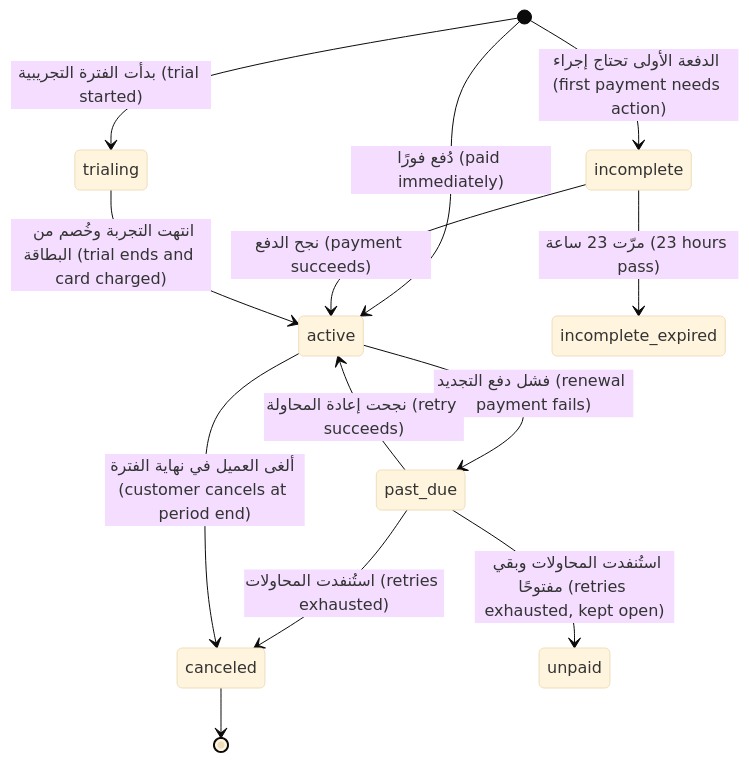
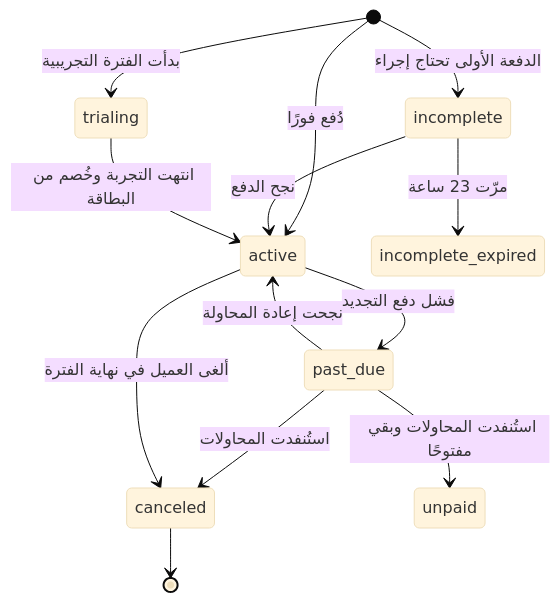
The second of 4 diagrams in saas/modules/03-money.ar.md (Tamoura/system-design-for-vibe-coders), drawn with Mermaid (base theme) before and after one commit. The commit also changed other lines of this file and 551 other files, not shown here.

````diff
--- a/saas/modules/03-money.ar.md
+++ b/saas/modules/03-money.ar.md
@@ -118,15 +118,15 @@
 ```mermaid
 stateDiagram-v2
-    [*] --> incomplete : الدفعة الأولى تحتاج إجراء (first payment needs action)
-    [*] --> trialing : بدأت الفترة التجريبية (trial started)
-    [*] --> active : دُفع فورًا (paid immediately)
-    incomplete --> active : نجح الدفع (payment succeeds)
-    incomplete --> incomplete_expired : مرّت 23 ساعة (23 hours pass)
-    trialing --> active : انتهت التجربة وخُصم من البطاقة (trial ends and card charged)
-    active --> past_due : فشل دفع التجديد (renewal payment fails)
-    past_due --> active : نجحت إعادة المحاولة (retry succeeds)
-    past_due --> canceled : استُنفدت المحاولات (retries exhausted)
-    past_due --> unpaid : استُنفدت المحاولات وبقي مفتوحًا (retries exhausted, kept open)
-    active --> canceled : ألغى العميل في نهاية الفترة (customer cancels at period end)
+    [*] --> incomplete : الدفعة الأولى تحتاج إجراء
+    [*] --> trialing : بدأت الفترة التجريبية
+    [*] --> active : دُفع فورًا
+    incomplete --> active : نجح الدفع
+    incomplete --> incomplete_expired : مرّت 23 ساعة
+    trialing --> active : انتهت التجربة وخُصم من البطاقة
+    active --> past_due : فشل دفع التجديد
+    past_due --> active : نجحت إعادة المحاولة
+    past_due --> canceled : استُنفدت المحاولات
+    past_due --> unpaid : استُنفدت المحاولات وبقي مفتوحًا
+    active --> canceled : ألغى العميل في نهاية الفترة
     canceled --> [*]
 ```
````
